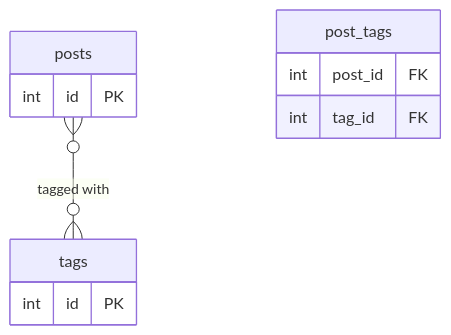
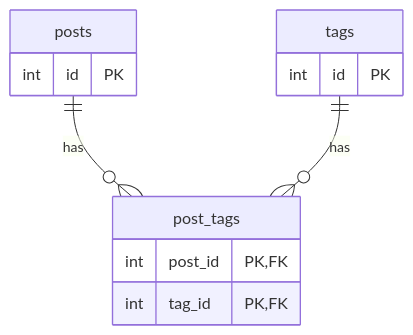
Before and after one commit to ruhulmath08/fast_api_freeCC: the third of 4 diagrams in docs/10_database_relationships.md, drawn with Mermaid. The commit also changed other lines of this file, not shown here.

````diff
--- a/docs/10_database_relationships.md
+++ b/docs/10_database_relationships.md
@@ -62,14 +61,19 @@
 ```mermaid
+
 erDiagram
-    posts }o--o{ tags : "tagged with"
+    posts ||--o{ post_tags: "has"
+    tags ||--o{ post_tags: "has"
+
     posts {
         int id PK
     }
+
     post_tags {
-        int post_id FK
-        int tag_id FK
+        int post_id PK, FK
+        int tag_id PK, FK
     }
+
     tags {
         int id PK
     }
 ```
````
